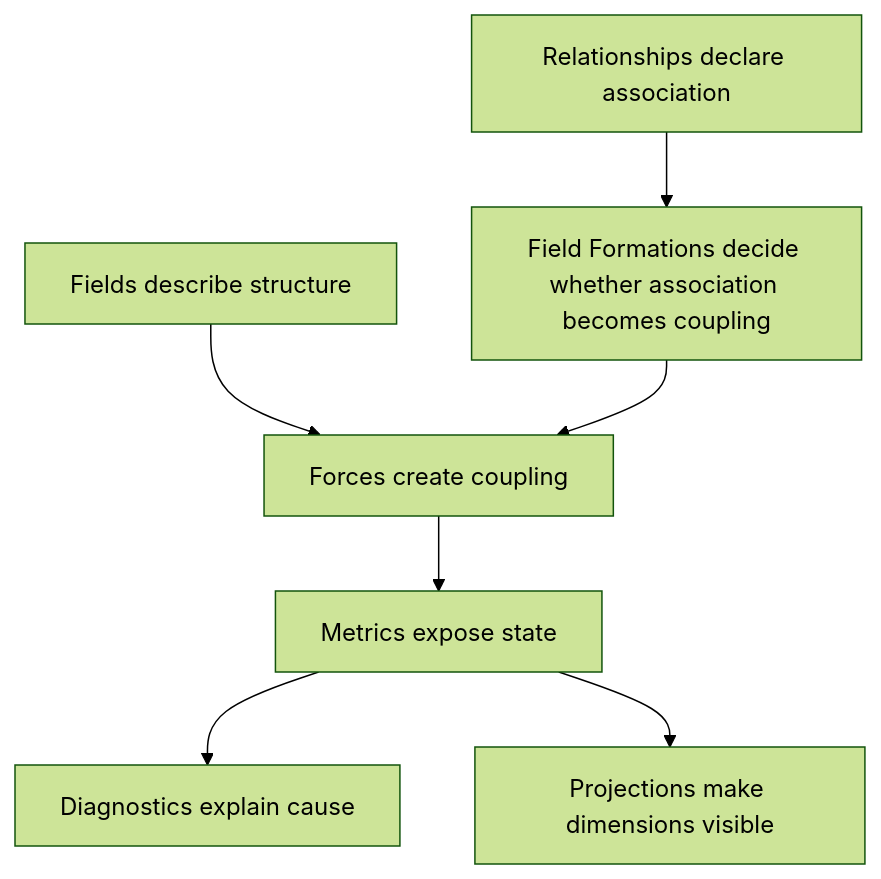
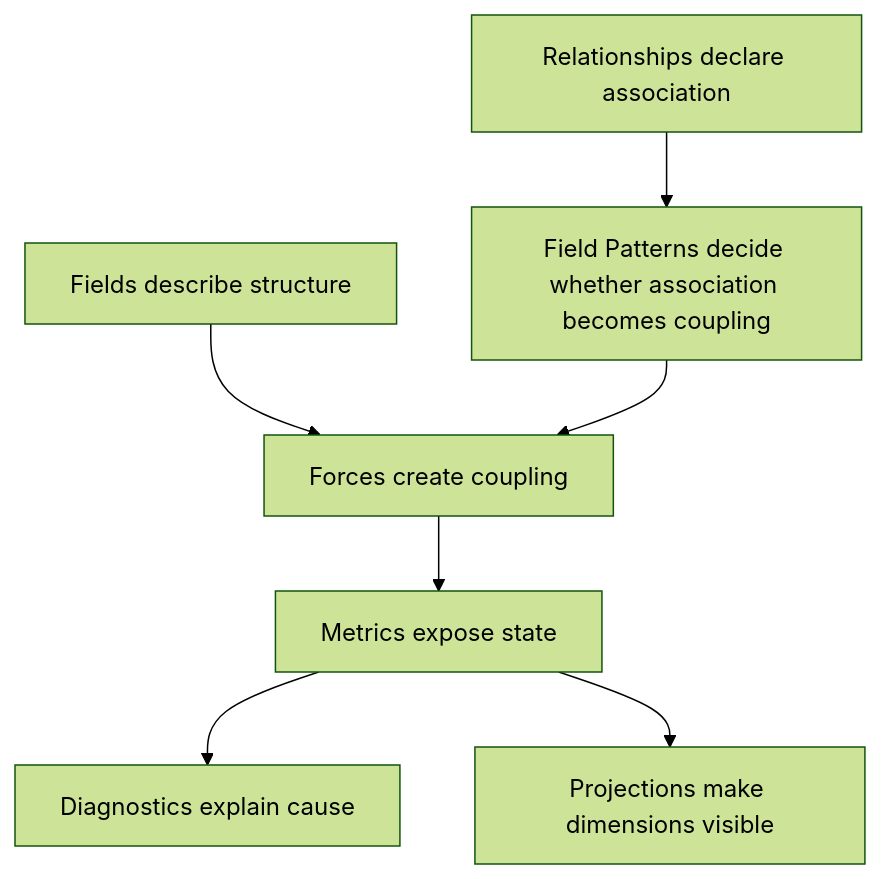
Before and after one commit to zachshallbetter/fundamental-engine: the third of 3 diagrams in docs/canonical/dimensional-coupling.md, drawn with Mermaid (forest theme). The commit also changed other lines of this file and 55 other files, not shown here.

````diff
--- a/docs/canonical/dimensional-coupling.md
+++ b/docs/canonical/dimensional-coupling.md
@@ -315,11 +315,11 @@
 ```mermaid
 flowchart TD
   A["Fields describe structure"] --> B["Forces create coupling"]
-  C["Relationships declare association"] --> D["Field Formations decide whether association becomes coupling"]
+  C["Relationships declare association"] --> D["Field Patterns decide whether association becomes coupling"]
   E["Metrics expose state"] --> F["Diagnostics explain cause"]
   G["Projections make dimensions visible"]
 
   D --> B
   B --> E
   E --> G
 ```
````
